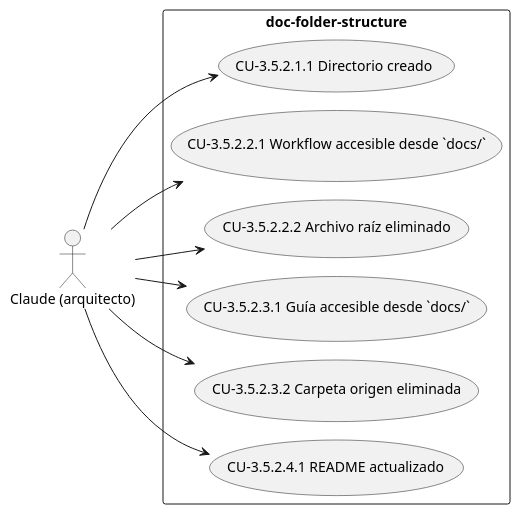
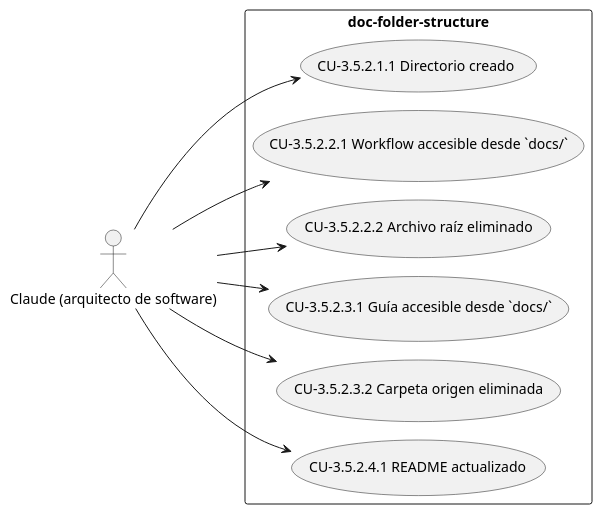
One commit to Lautaro-Montecchiani/sdd-global-config changed the diagram in docs/diagramas/CAP-3.5.2.puml. Above: the diagram before and after it, drawn with PlantUML. The commit also changed 40 other files, not shown here.

```diff
--- a/docs/diagramas/CAP-3.5.2.puml
+++ b/docs/diagramas/CAP-3.5.2.puml
@@ -1,19 +1,19 @@
 @startuml
 !pragma layout smetana
 left to right direction
-actor "Claude (arquitecto)" as A1
+actor "Claude (arquitecto de software)" as A1
 rectangle "doc-folder-structure" {
   usecase "CU-3.5.2.1.1 Directorio creado" as UC_3_5_2_1_1
   usecase "CU-3.5.2.2.1 Workflow accesible desde `docs/`" as UC_3_5_2_2_1
   usecase "CU-3.5.2.2.2 Archivo raíz eliminado" as UC_3_5_2_2_2
   usecase "CU-3.5.2.3.1 Guía accesible desde `docs/`" as UC_3_5_2_3_1
   usecase "CU-3.5.2.3.2 Carpeta origen eliminada" as UC_3_5_2_3_2
   usecase "CU-3.5.2.4.1 README actualizado" as UC_3_5_2_4_1
 }
 A1 --> UC_3_5_2_1_1
 A1 --> UC_3_5_2_2_1
 A1 --> UC_3_5_2_2_2
 A1 --> UC_3_5_2_3_1
 A1 --> UC_3_5_2_3_2
 A1 --> UC_3_5_2_4_1
 @enduml
```
